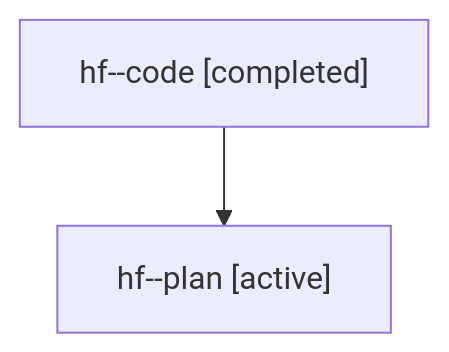
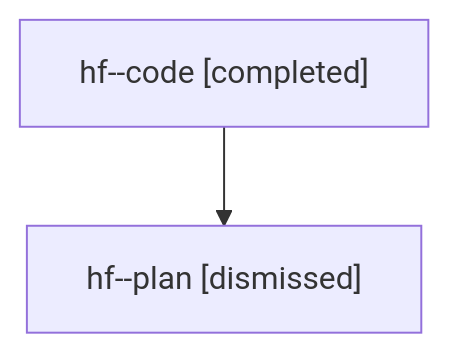
The diagram in sessions/bbugyi200.athena.hf.md (bobs-org/bob-cli--agents), drawn with Mermaid before and after one commit. The commit also changed other lines of this file and 13 other files, not shown here.

````diff
--- a/sessions/bbugyi200.athena.hf.md
+++ b/sessions/bbugyi200.athena.hf.md
@@ -9,6 +9,6 @@
 ```mermaid
 flowchart TD
   n0["hf--code [completed]"]
-  n1["hf--plan [active]"]
+  n1["hf--plan [dismissed]"]
   n0 --> n1
 ```
````
